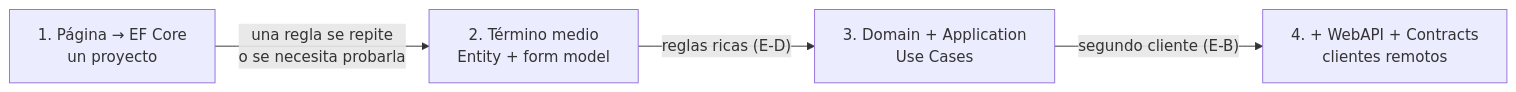
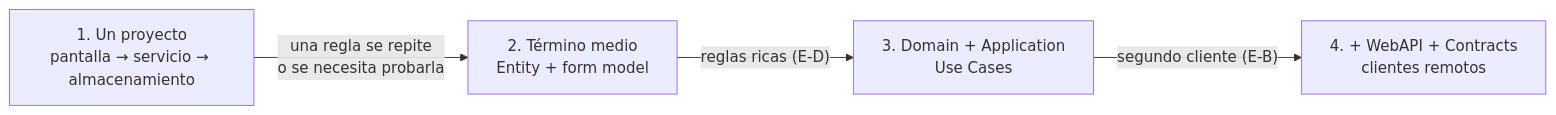
The eighth of 8 diagrams in Guides/Dot-NET-Arquitectura-Guide/Dot-NET-Arquitectura-Guide.md (hdcm-dev/Lab-Documentos), drawn with Mermaid before and after one commit. The commit also changed other lines of this file and 25 other files, not shown here.

````diff
--- a/Guides/Dot-NET-Arquitectura-Guide/Dot-NET-Arquitectura-Guide.md
+++ b/Guides/Dot-NET-Arquitectura-Guide/Dot-NET-Arquitectura-Guide.md
@@ -2361,6 +2475,6 @@
 ```mermaid
 flowchart LR
-    S1["1. Página → EF Core<br/>un proyecto"] -->|"una regla se repite<br/>o se necesita probarla"| S2["2. Término medio<br/>Entity + form model"]
+    S1["1. Un proyecto<br/>pantalla → servicio → almacenamiento"] -->|"una regla se repite<br/>o se necesita probarla"| S2["2. Término medio<br/>Entity + form model"]
     S2 -->|"reglas ricas (E-D)"| S3["3. Domain + Application<br/>Use Cases"]
     S3 -->|"segundo cliente (E-B)"| S4["4. + WebAPI + Contracts<br/>clientes remotos"]
 ```
````
